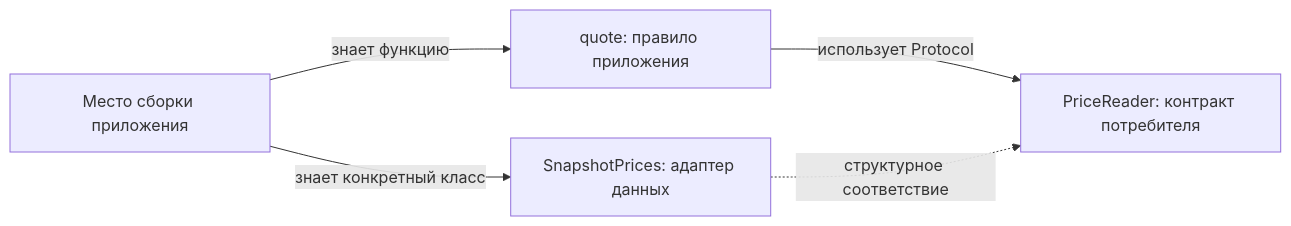
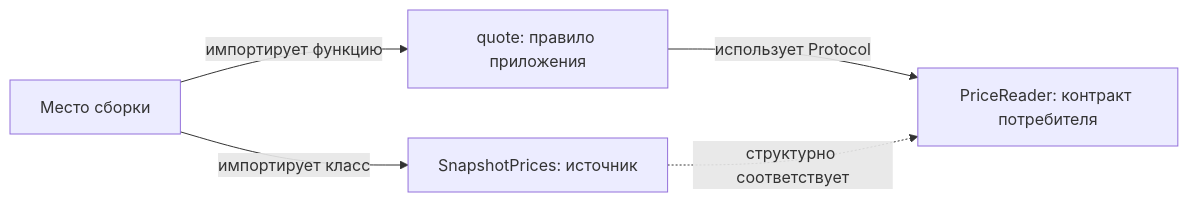
The diagram in architecture/solid.md (IAMN1/devrefsnap), drawn with Mermaid before and after one commit. The commit also changed other lines of this file and 11 other files, not shown here.

First line of the commit message:
docs: make architecture cheat sheets visual and task oriented

````diff
--- a/architecture/solid.md
+++ b/architecture/solid.md
@@ -149,7 +177,7 @@
 ```mermaid
 flowchart LR
     Q[quote: правило приложения] -->|использует Protocol| P[PriceReader: контракт потребителя]
-    A[SnapshotPrices: адаптер данных] -.->|структурное соответствие| P
-    C[Место сборки приложения] -->|знает конкретный класс| A
-    C -->|знает функцию| Q
+    A[SnapshotPrices: источник] -.->|структурно соответствует| P
+    C[Место сборки] -->|импортирует класс| A
+    C -->|импортирует функцию| Q
 ```
````
